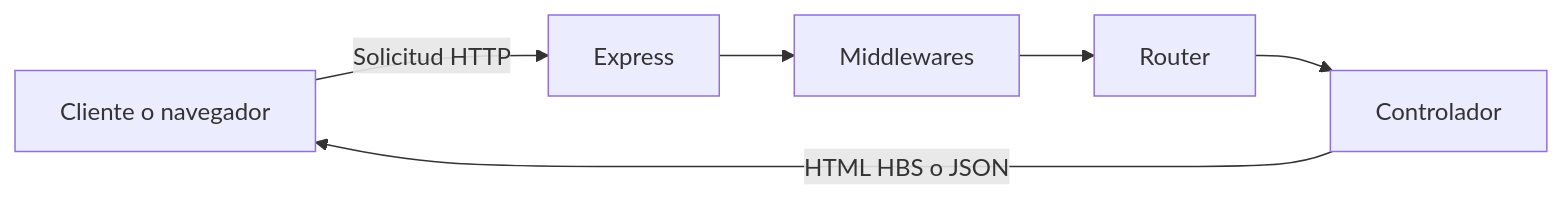
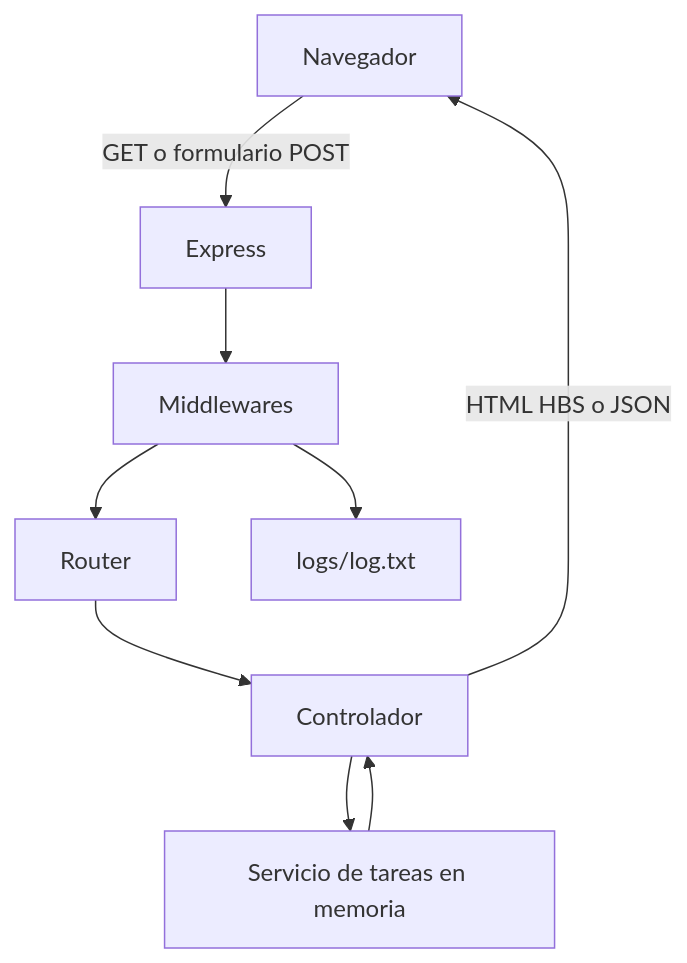
The diagram in docs/flujo-cliente-servidor.md (PsIgnacioOsorio/TaskFlow-Backend-Integrador), drawn with Mermaid before and after one commit. The commit also changed other lines of this file and 2 other files, not shown here.

````diff
--- a/docs/flujo-cliente-servidor.md
+++ b/docs/flujo-cliente-servidor.md
@@ -3,8 +3,11 @@
 ```mermaid
-flowchart LR
-    C[Cliente o navegador] -->|Solicitud HTTP| E[Express]
+flowchart TD
+    C[Navegador] -->|GET o formulario POST| E[Express]
     E --> M[Middlewares]
     M --> R[Router]
     R --> K[Controlador]
+    K --> T[Servicio de tareas en memoria]
+    T --> K
     K -->|HTML HBS o JSON| C
+    M --> L[logs/log.txt]
 ```
````
